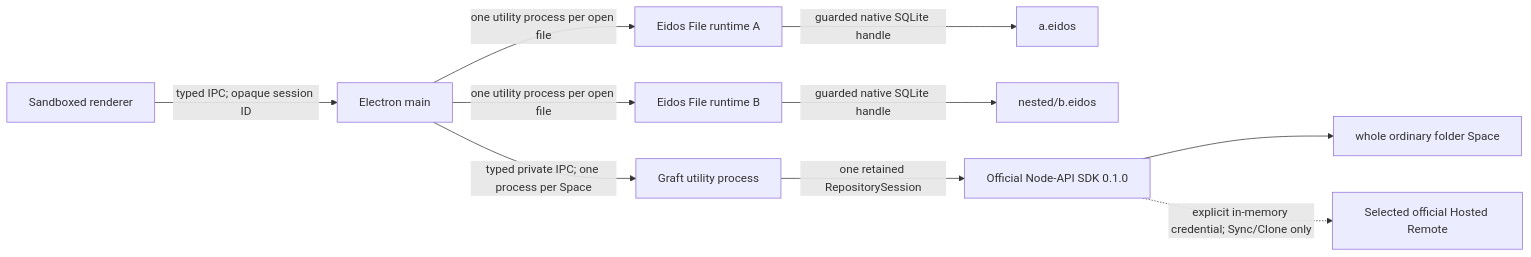
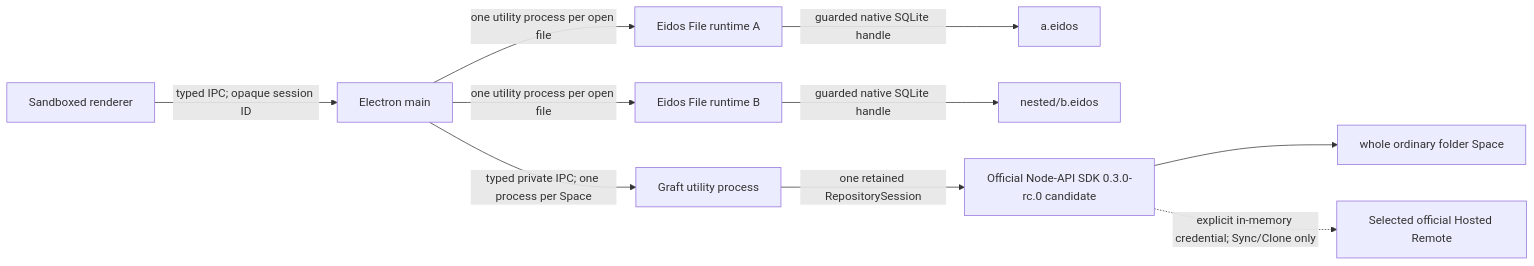
One commit to mayneyao/eidos changed the first of 2 diagrams in apps/eidos-lite-desktop/docs/ARCHITECTURE.md. Above: the diagram before and after it, drawn with Mermaid. The commit also changed other lines of this file and 80 other files, not shown here.

````diff
--- a/apps/eidos-lite-desktop/docs/ARCHITECTURE.md
+++ b/apps/eidos-lite-desktop/docs/ARCHITECTURE.md
@@ -59,12 +59,12 @@
 ```mermaid
 flowchart LR
   R["Sandboxed renderer"] -->|"typed IPC; opaque session ID"| M["Electron main"]
   M -->|"one utility process per open file"| F1["Eidos File runtime A"]
   M -->|"one utility process per open file"| F2["Eidos File runtime B"]
   F1 -->|"guarded native SQLite handle"| E1["a.eidos"]
   F2 -->|"guarded native SQLite handle"| E2["nested/b.eidos"]
   M -->|"typed private IPC; one process per Space"| G["Graft utility process"]
-  G -->|"one retained RepositorySession"| N["Official Node-API SDK 0.1.0"]
+  G -->|"one retained RepositorySession"| N["Official Node-API SDK 0.3.0-rc.0 candidate"]
   N --> S["whole ordinary folder Space"]
   N -. "explicit in-memory credential; Sync/Clone only" .-> H["Selected official Hosted Remote"]
 ```
````
